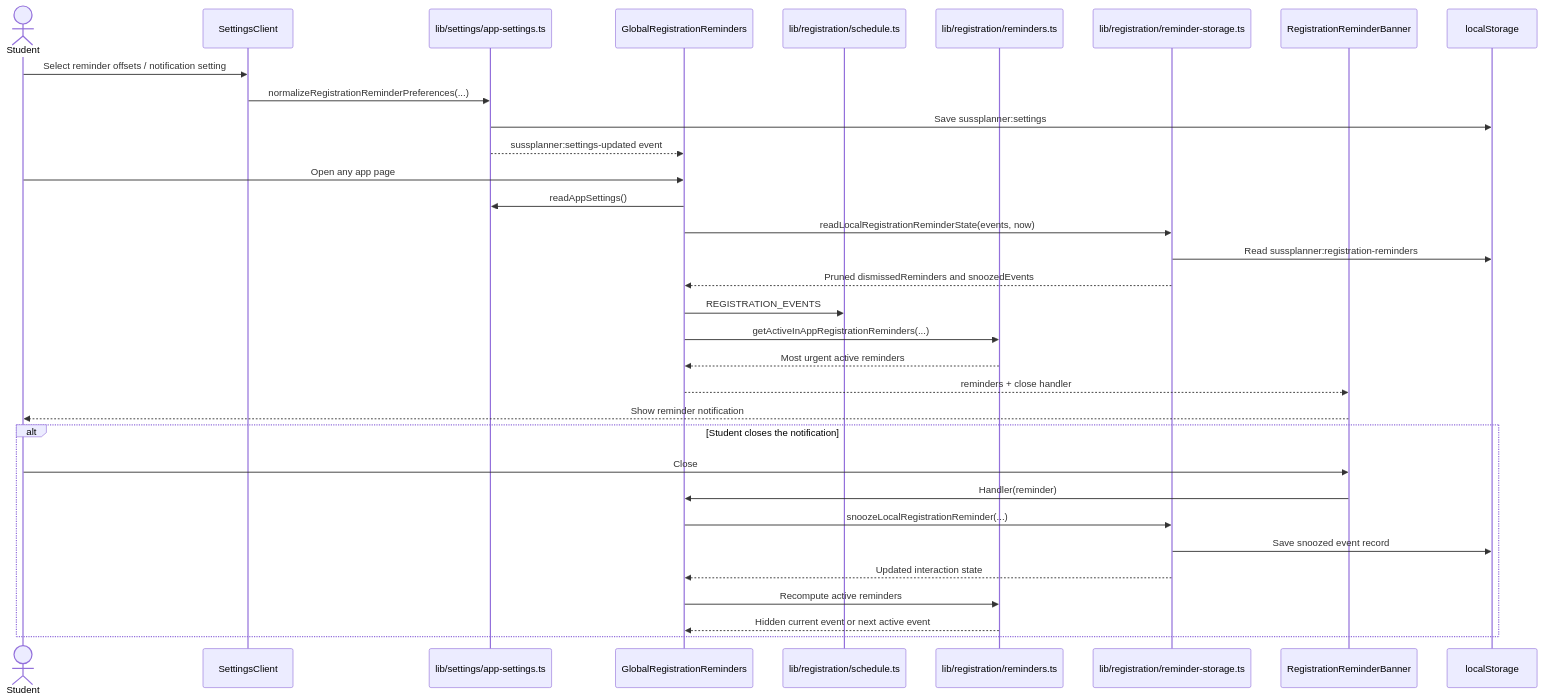
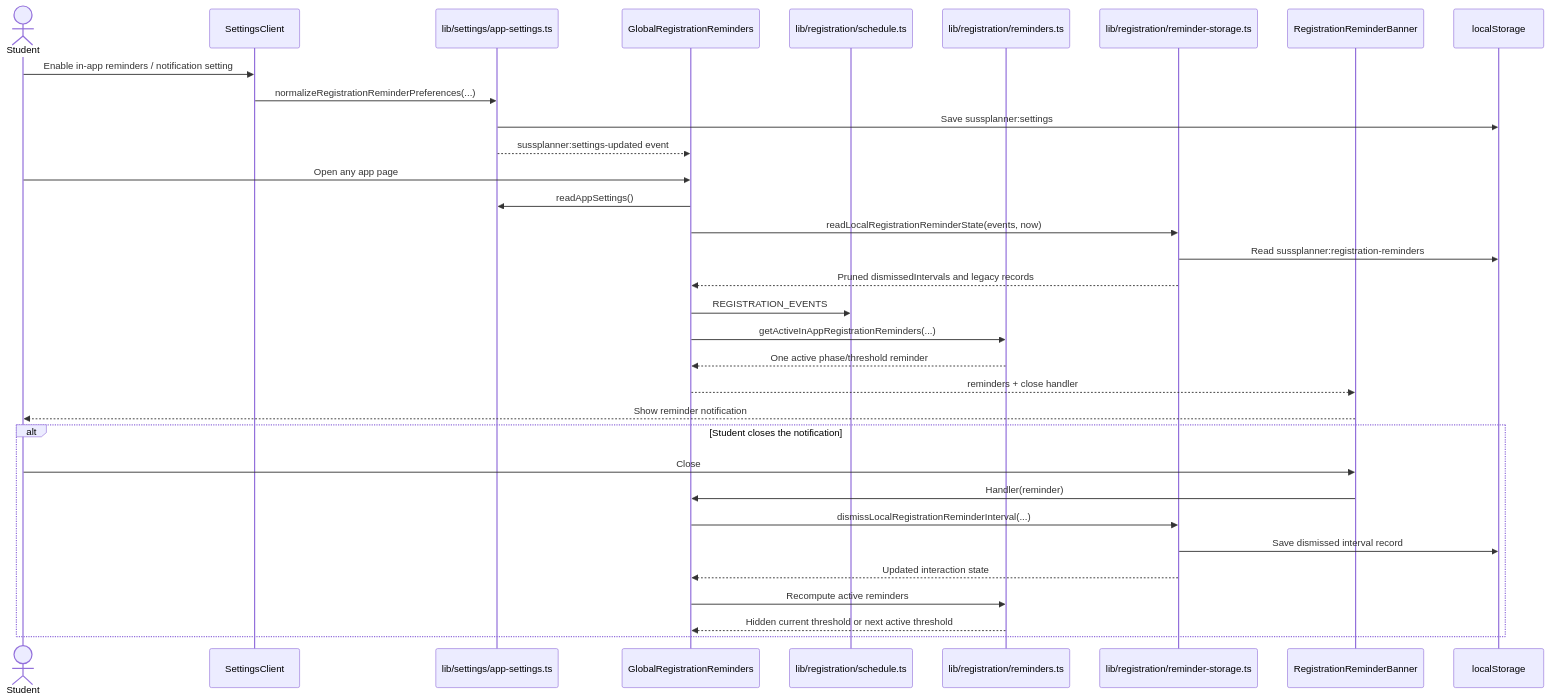
Before and after one commit to lester-td/SUSSplanner: diagram 17 of 18 in docs/DeveloperGuide.md, drawn with Mermaid. The commit also changed other lines of this file and 1 other file, not shown here.

````diff
--- a/docs/DeveloperGuide.md
+++ b/docs/DeveloperGuide.md
@@ -1335,38 +1353,38 @@
 ```mermaid
 sequenceDiagram
     actor Student
     participant Settings as SettingsClient
     participant AppSettings as lib/settings/app-settings.ts
     participant ReminderHost as GlobalRegistrationReminders
     participant Schedule as lib/registration/schedule.ts
     participant Reminders as lib/registration/reminders.ts
     participant ReminderStore as lib/registration/reminder-storage.ts
     participant Notification as RegistrationReminderBanner
     participant Browser as localStorage
 
-    Student->>Settings: Select reminder offsets / notification setting
+    Student->>Settings: Enable in-app reminders / notification setting
     Settings->>AppSettings: normalizeRegistrationReminderPreferences(...)
     AppSettings->>Browser: Save sussplanner:settings
     AppSettings-->>ReminderHost: sussplanner:settings-updated event
 
     Student->>ReminderHost: Open any app page
     ReminderHost->>AppSettings: readAppSettings()
     ReminderHost->>ReminderStore: readLocalRegistrationReminderState(events, now)
     ReminderStore->>Browser: Read sussplanner:registration-reminders
-    ReminderStore-->>ReminderHost: Pruned dismissedReminders and snoozedEvents
+    ReminderStore-->>ReminderHost: Pruned dismissedIntervals and legacy records
     ReminderHost->>Schedule: REGISTRATION_EVENTS
     ReminderHost->>Reminders: getActiveInAppRegistrationReminders(...)
-    Reminders-->>ReminderHost: Most urgent active reminders
+    Reminders-->>ReminderHost: One active phase/threshold reminder
     ReminderHost-->>Notification: reminders + close handler
     Notification-->>Student: Show reminder notification
 
     alt Student closes the notification
         Student->>Notification: Close
         Notification->>ReminderHost: Handler(reminder)
-        ReminderHost->>ReminderStore: snoozeLocalRegistrationReminder(...)
-        ReminderStore->>Browser: Save snoozed event record
+        ReminderHost->>ReminderStore: dismissLocalRegistrationReminderInterval(...)
+        ReminderStore->>Browser: Save dismissed interval record
         ReminderStore-->>ReminderHost: Updated interaction state
         ReminderHost->>Reminders: Recompute active reminders
-        Reminders-->>ReminderHost: Hidden current event or next active event
+        Reminders-->>ReminderHost: Hidden current threshold or next active threshold
     end
 ```
````
